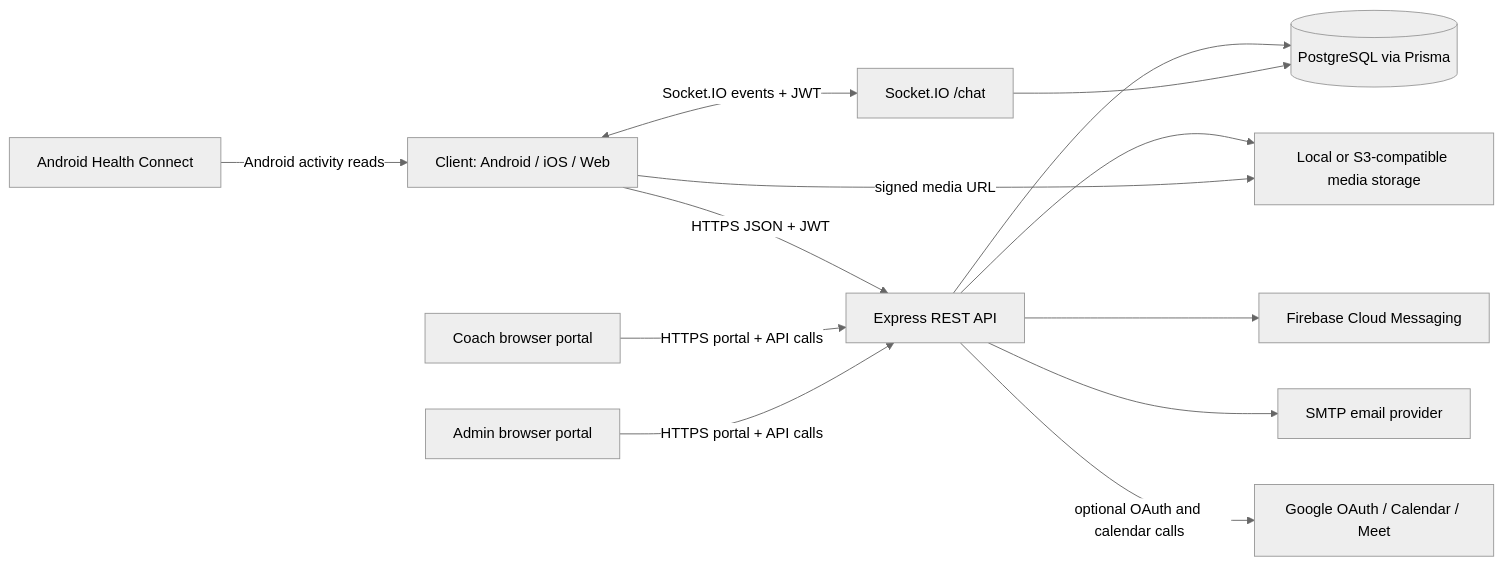
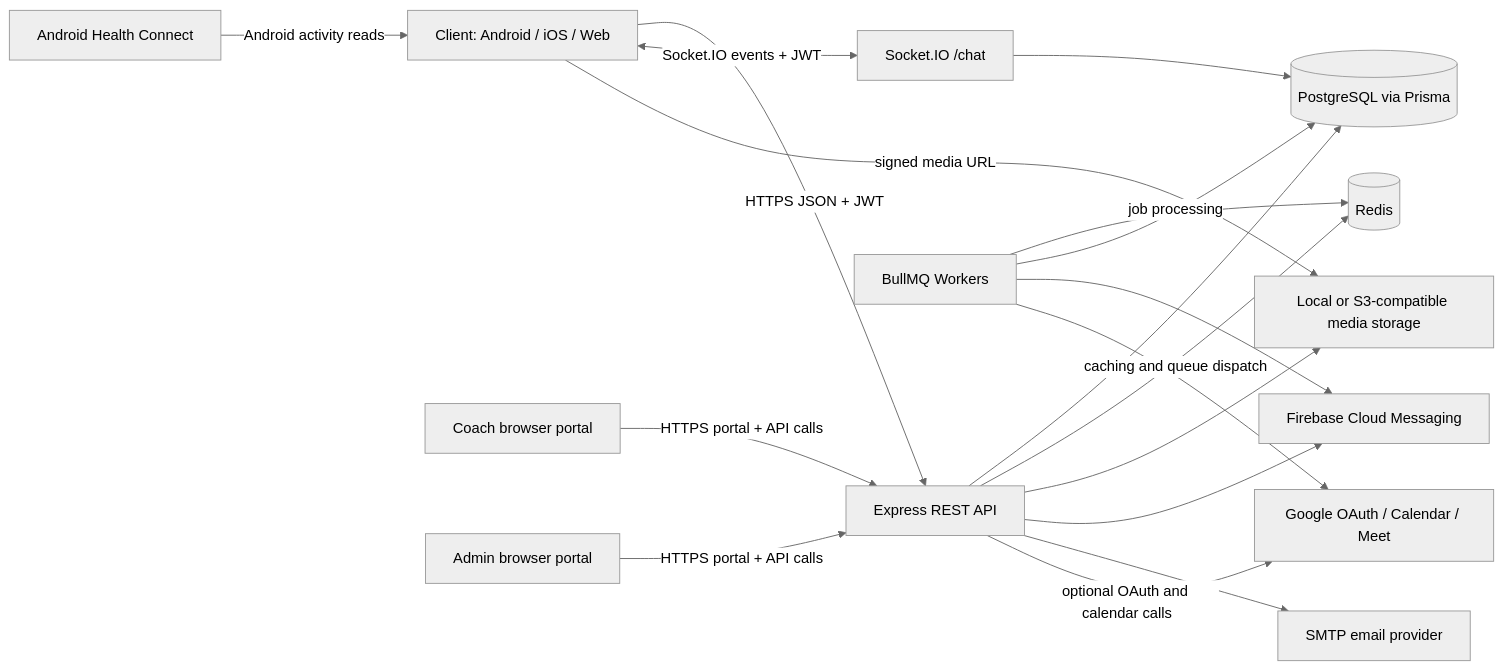
Before and after one commit to renukaprasadbs454/fitness-backend-: the first of 2 diagrams in docs/SYSTEM_ARCHITECTURE.md, drawn with Mermaid (neutral theme). The commit also changed other lines of this file and 17 other files, not shown here.

Commit message:
feat: add Redis caching and BullMQ background queues for backend scaling

````diff
--- a/docs/SYSTEM_ARCHITECTURE.md
+++ b/docs/SYSTEM_ARCHITECTURE.md
@@ -21,27 +21,34 @@
 ```mermaid
 flowchart LR
   Client[Client: Android / iOS / Web]
   Coach[Coach browser portal]
   Admin[Admin browser portal]
   API[Express REST API]
   Socket[Socket.IO /chat]
   DB[(PostgreSQL via Prisma)]
+  Redis[(Redis)]
+  Workers[BullMQ Workers]
   Storage[Local or S3-compatible media storage]
   Firebase[Firebase Cloud Messaging]
   SMTP[SMTP email provider]
   Google[Google OAuth / Calendar / Meet]
   Health[Android Health Connect]
 
   Client -->|HTTPS JSON + JWT| API
   Client <-->|Socket.IO events + JWT| Socket
   Coach -->|HTTPS portal + API calls| API
   Admin -->|HTTPS portal + API calls| API
   API --> DB
   Socket --> DB
+  API -->|caching and queue dispatch| Redis
+  Workers -->|job processing| Redis
+  Workers --> DB
+  Workers --> Firebase
+  Workers --> Google
   API --> Storage
   Client -->|signed media URL| Storage
   API --> Firebase
   API --> SMTP
   API -->|optional OAuth and calendar calls| Google
   Health -->|Android activity reads| Client
 ```
````
